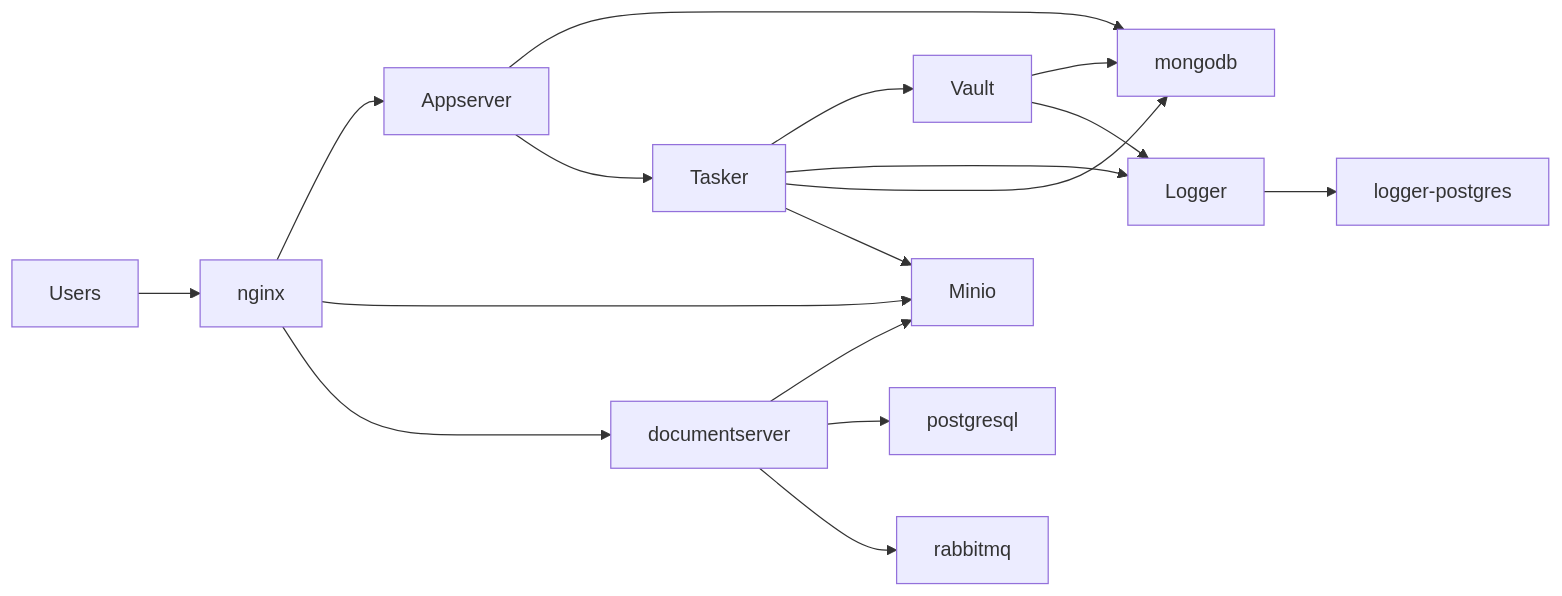
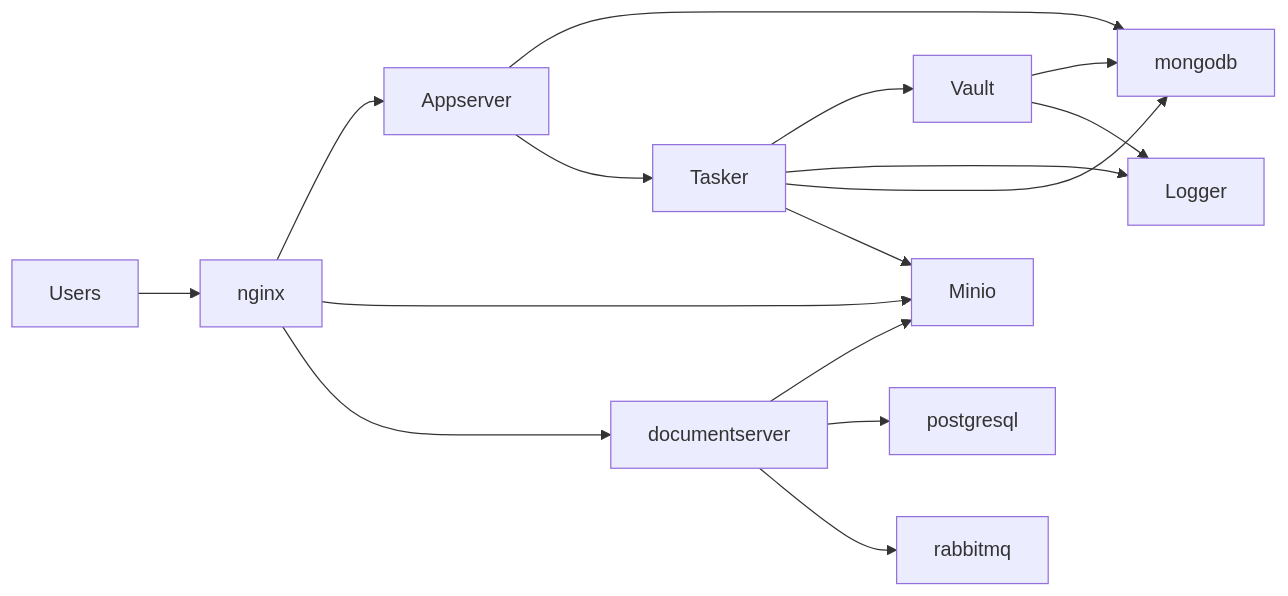
One commit to unicommorg/unicchat.enterprise changed the diagram in README.md. Above: the diagram before and after it, drawn with Mermaid. The commit also changed other lines of this file and 5 other files, not shown here.

````diff
--- a/README.md
+++ b/README.md
@@ -131,19 +127,18 @@
 ```mermaid
 flowchart LR
   Users[Users] --> Nginx[nginx]
   Nginx --> Appserver
   Nginx --> Minio
   Nginx --> Docs[documentserver]
   Appserver --> Mongo[mongodb]
   Appserver --> Tasker
   Tasker --> Vault
   Tasker --> Logger
   Tasker --> Mongo
   Tasker --> Minio
   Docs --> Minio
   Docs --> Pg[postgresql]
   Docs --> Rabbit[rabbitmq]
   Vault --> Mongo
   Vault --> Logger
-  Logger --> LoggerPg[logger-postgres]
 ```
````
